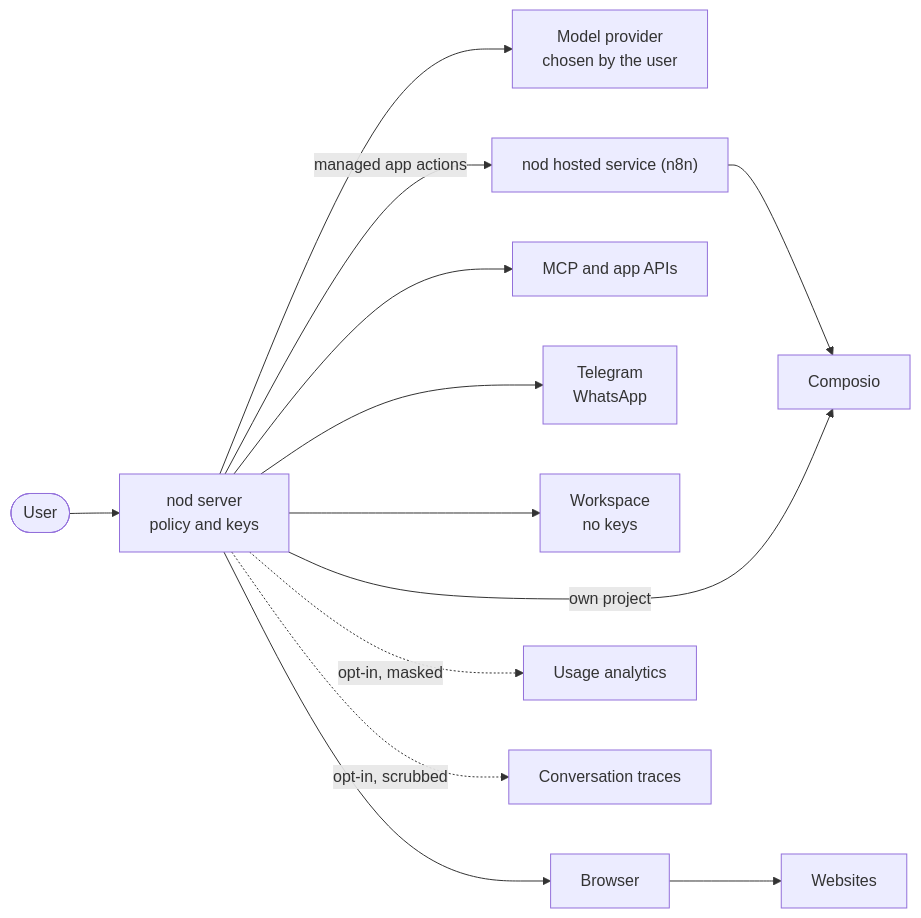
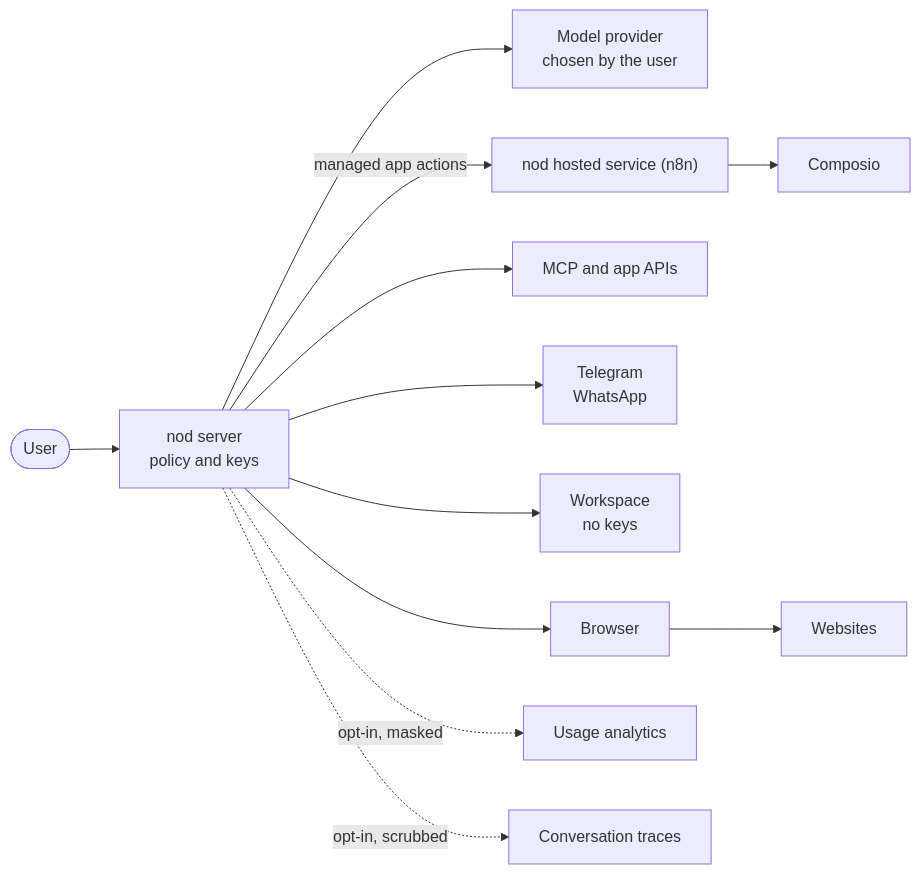
The diagram in docs/src/content/docs/trust/security-review.mdx (KrishBhimani/nod), drawn with Mermaid before and after one commit. The commit also changed other lines of this file and 68 other files, not shown here.

````diff
--- a/docs/src/content/docs/trust/security-review.mdx
+++ b/docs/src/content/docs/trust/security-review.mdx
@@ -22,14 +22,13 @@
 ```mermaid
 flowchart LR
   user([User]):::accent --> server[nod server<br/>policy and keys]
   server --> model[Model provider<br/>chosen by the user]
   server -- managed app actions --> managed["nod hosted service (n8n)"]
   managed --> composio[Composio]
-  server -- own project --> composio
   server --> apps[MCP and app APIs]
   server --> chat[Telegram<br/>WhatsApp]
   server --> box[Workspace<br/>no keys]:::muted
   server --> browser[Browser]:::muted --> sites[Websites]
   server -. opt-in, masked .-> analytics[Usage analytics]:::muted
   server -. opt-in, scrubbed .-> traces[Conversation traces]:::muted
 ```
````
